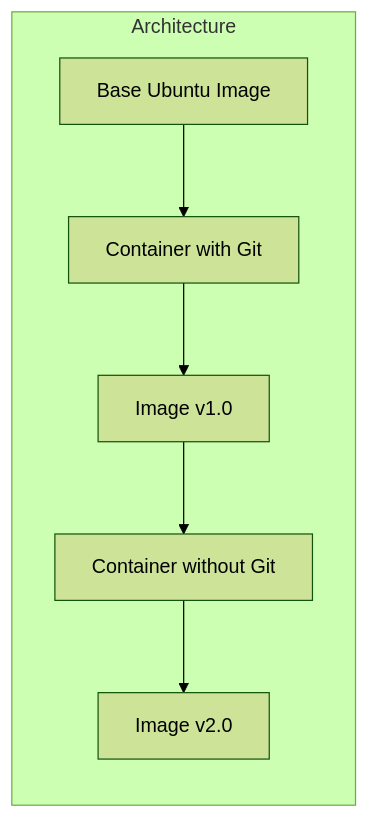
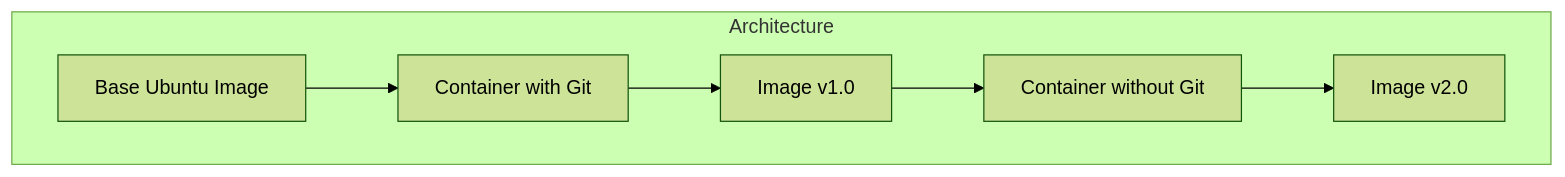
The diagram in README.md (TheToriqul/docker-image-size-management), drawn with Mermaid (forest theme) before and after one commit.

````diff
--- a/README.md
+++ b/README.md
@@ -24,9 +24,9 @@
 ```mermaid
-graph LR
+graph TD
   subgraph Architecture
     A[Base Ubuntu Image] --> B[Container with Git]
     B --> C[Image v1.0]
     C --> D[Container without Git]
     D --> E[Image v2.0]
   end
 ```
````
